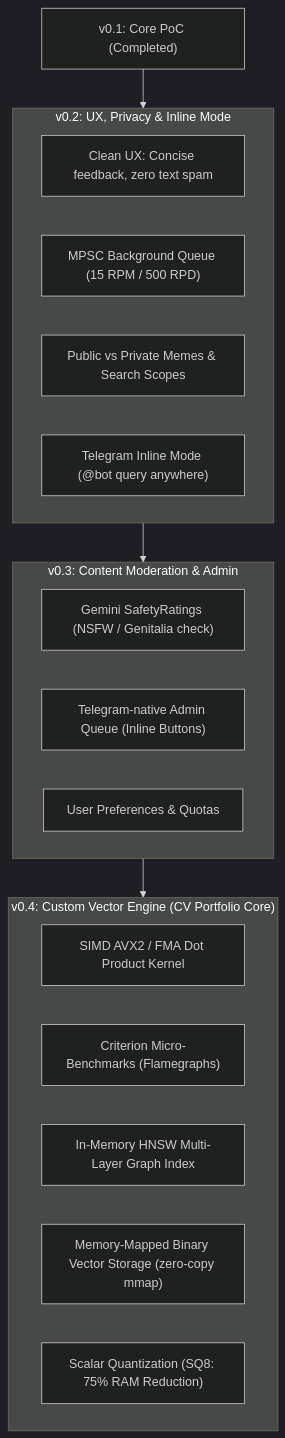
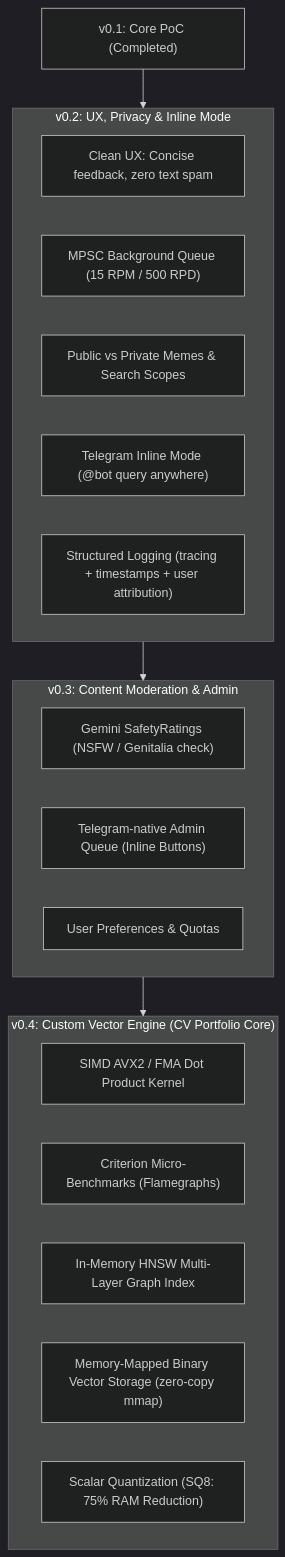
Before and after one commit to MykhailoRospopchuk/MnemosyneM: the first of 2 diagrams in ROADMAP.md, drawn with Mermaid (dark theme). The commit also changed other lines of this file and 2 other files, not shown here.

Commit message:
roadmap and bug fix

````diff
--- a/ROADMAP.md
+++ b/ROADMAP.md
@@ -10,27 +10,28 @@
 ```mermaid
 flowchart TD
     M1["v0.1: Core PoC (Completed)"] --> M2["v0.2: UX, Rate-Limiting & Inline Mode"]
     M2 --> M3["v0.3: Content Moderation & Telegram Admin Panel"]
     M3 --> M4["v0.4: Custom Vector Engine from Scratch (HNSW + SIMD + mmap)"]
 
     subgraph M2 ["v0.2: UX, Privacy & Inline Mode"]
         UX["Clean UX: Concise feedback, zero text spam"]
         Queue["MPSC Background Queue (15 RPM / 500 RPD)"]
         Privacy["Public vs Private Memes & Search Scopes"]
         Inline["Telegram Inline Mode (@bot query anywhere)"]
+        Logging["Structured Logging (tracing + timestamps + user attribution)"]
     end
 
     subgraph M3 ["v0.3: Content Moderation & Admin"]
         GeminiSafety["Gemini SafetyRatings (NSFW / Genitalia check)"]
         AdminTG["Telegram-native Admin Queue (Inline Buttons)"]
         UserMgmt["User Preferences & Quotas"]
     end
 
     subgraph M4 ["v0.4: Custom Vector Engine (CV Portfolio Core)"]
         SIMD["SIMD AVX2 / FMA Dot Product Kernel"]
         Criterion["Criterion Micro-Benchmarks (Flamegraphs)"]
         HNSW["In-Memory HNSW Multi-Layer Graph Index"]
         Mmap["Memory-Mapped Binary Vector Storage (zero-copy mmap)"]
         SQ8["Scalar Quantization (SQ8: 75% RAM Reduction)"]
     end
 ```
````
